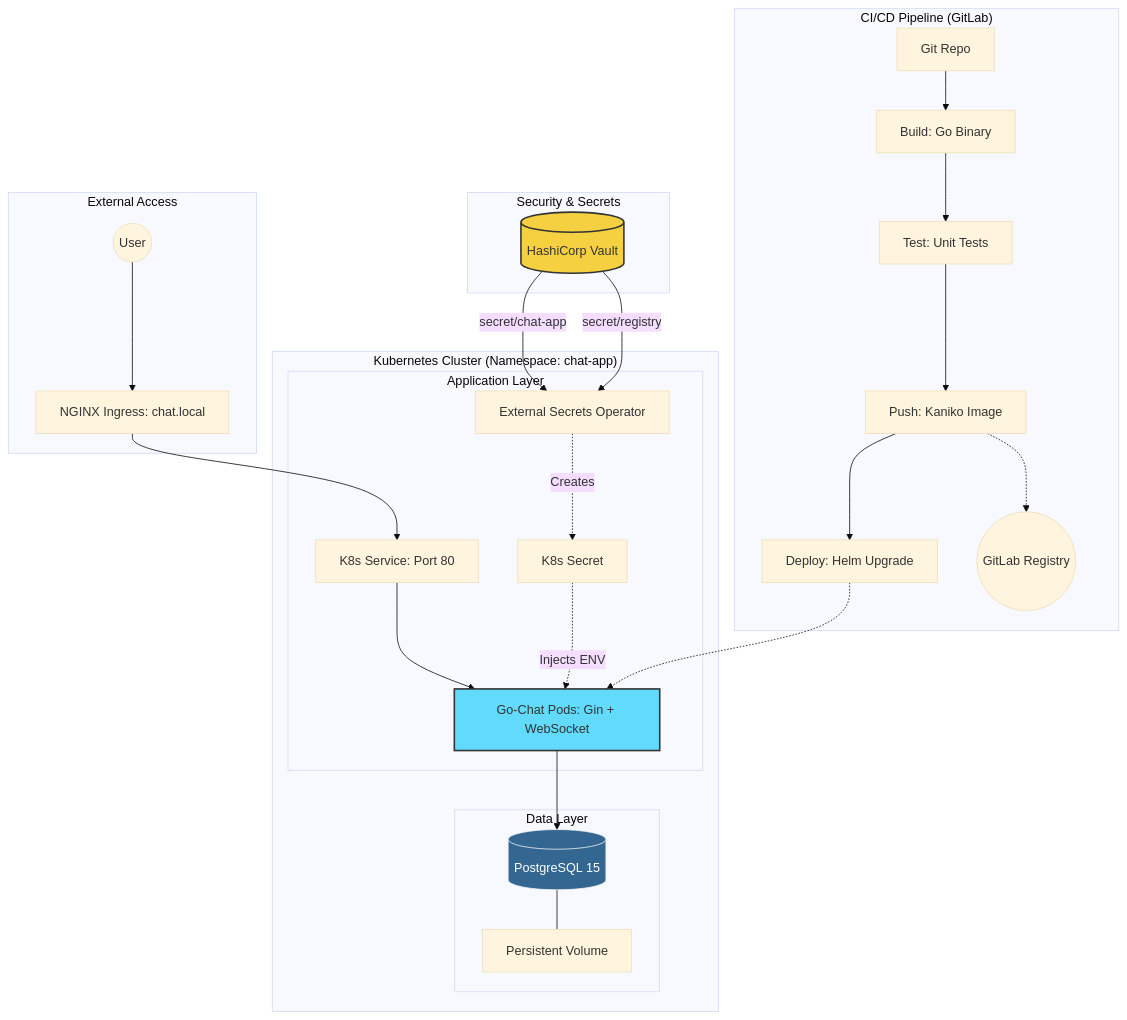
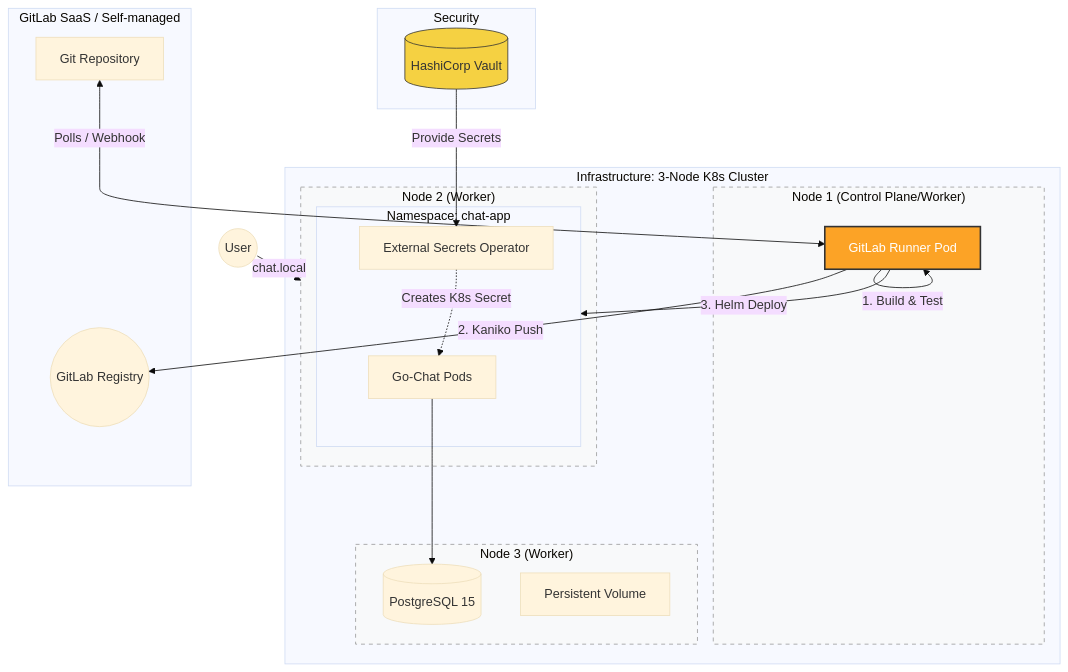
The diagram in README.md (dunaevartem/QM), drawn with Mermaid (base theme) before and after one commit.

Commit message:
Update file README.md

````diff
--- a/README.md
+++ b/README.md
@@ -1,41 +1,48 @@
 ```mermaid
 graph TD
-    subgraph "External Access"
-        User((User)) --> Ingress[NGINX Ingress: chat.local]
-    end
-
-    subgraph "Kubernetes Cluster (Namespace: chat-app)"
-        Ingress --> Service[K8s Service: Port 80]
+    subgraph "Infrastructure: 3-Node K8s Cluster"
+        subgraph Node1 ["Node 1 (Control Plane/Worker)"]
+             Runner[GitLab Runner Pod]
+        end
         
-        subgraph "Application Layer"
-            Service --> Pods[Go-Chat Pods: Gin + WebSocket]
-            ESO[External Secrets Operator] -.->|Creates| K8sSecret[K8s Secret]
-            K8sSecret -.->|Injects ENV| Pods
+        subgraph Node2 ["Node 2 (Worker)"]
+            subgraph AppNS ["Namespace: chat-app"]
+                Pods[Go-Chat Pods]
+                ESO[External Secrets Operator]
+            end
         end
-
-        subgraph "Data Layer"
-            Pods --> DB[(PostgreSQL 15)]
-            DB --- PV[Persistent Volume]
+        
+        subgraph Node3 ["Node 3 (Worker)"]
+            DB[(PostgreSQL 15)]
+            PV[Persistent Volume]
         end
     end
 
-    subgraph "Security & Secrets"
-        Vault[(HashiCorp Vault)]
-        Vault -->|secret/chat-app| ESO
-        Vault -->|secret/registry| ESO
+    subgraph "GitLab SaaS / Self-managed"
+        GitRepo[Git Repository]
+        Registry((GitLab Registry))
     end
 
-    subgraph "CI/CD Pipeline (GitLab)"
-        Code[Git Repo] --> Build[Build: Go Binary]
-        Build --> Test[Test: Unit Tests]
-        Test --> Push[Push: Kaniko Image]
-        Push --> Deploy[Deploy: Helm Upgrade]
-        
-        Push -.-> Registry((GitLab Registry))
-        Deploy -.-> Pods
+    subgraph "Security"
+        Vault[(HashiCorp Vault)]
     end
 
-    style Vault fill:#f5d142,stroke:#333,stroke-width:2px
-    style Pods fill:#61dafb,stroke:#333,stroke-width:2px
-    style DB fill:#336791,stroke:#f2f2f2,color:#fff
+    %% Workflow Connections
+    GitRepo <-->|Polls / Webhook| Runner
+    Runner -->|1. Build & Test| Runner
+    Runner -->|2. Kaniko Push| Registry
+    Runner -->|3. Helm Deploy| AppNS
+    
+    Vault -->|Provide Secrets| ESO
+    ESO -.->|Creates K8s Secret| Pods
+    Pods --> DB
+    
+    User((User)) -->|chat.local| Node2
+
+    %% Styling
+    style Runner fill:#fca326,stroke:#333,stroke-width:2px,color:#fff
+    style Node1 fill:#f8f9fa,stroke:#999,stroke-dasharray: 5 5
+    style Node2 fill:#f8f9fa,stroke:#999,stroke-dasharray: 5 5
+    style Node3 fill:#f8f9fa,stroke:#999,stroke-dasharray: 5 5
+    style Vault fill:#f5d142,stroke:#333
 ```
````
